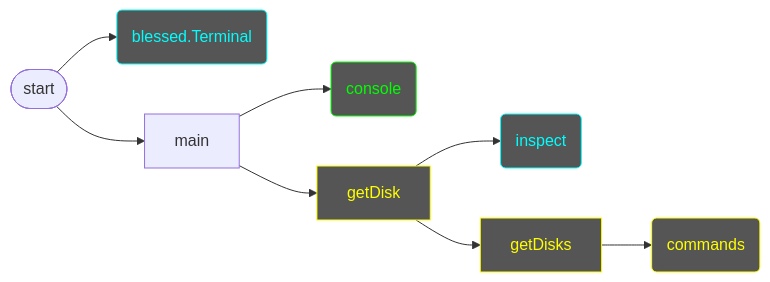
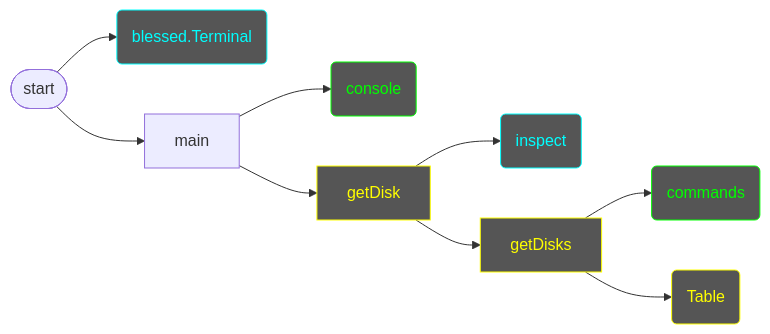
One commit to 7s4e/p3 changed the diagram in scripts/get_disk/design.md. Above: the diagram before and after it, drawn with Mermaid.

Commit message:
set commands complete, Table working

````diff
--- a/scripts/get_disk/design.md
+++ b/scripts/get_disk/design.md
@@ -2,27 +2,30 @@
 ```mermaid
 flowchart LR
     classDef complete color:#0f0,stroke:#0f0,fill:#555
     classDef working color:#ff0,stroke:#ff0,fill:#555
     classDef library color:#0ff,stroke:#0ff,fill:#555
     IF([start])
         IF --> TRM
         IF --> MAIN
     TRM(blessed.Terminal)
         TRM:::library
     MAIN[main]
         MAIN --> CON
         MAIN --> GD
     CON(console)
         CON:::complete
     GD[getDisk]
         GD:::working
         GD --> INSP
         GD --> GDS
     INSP(inspect)
         INSP:::library
     GDS[getDisks]
         GDS:::working
         GDS --> CMD
+        GDS --> TBL
     CMD(commands)
-        CMD:::working
+        CMD:::complete
+    TBL(Table)
+        TBL:::working
 ```
````
